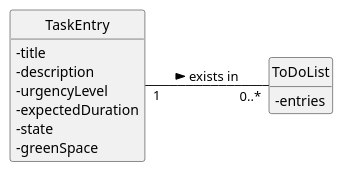
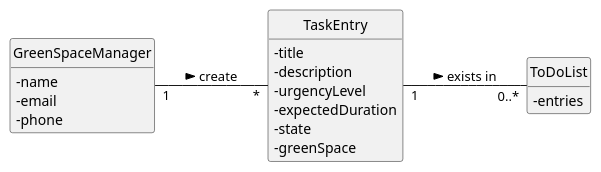
Before and after one commit to Departamento-de-Engenharia-Informatica/lei-24-s2-1dkl-g134: the diagram in docs/sprintC/us021/02.analysis/puml/us021-domain-model.puml, drawn with PlantUML. The commit also changed 2 other files, not shown here.

```diff
--- a/docs/sprintC/us021/02.analysis/puml/us021-domain-model.puml
+++ b/docs/sprintC/us021/02.analysis/puml/us021-domain-model.puml
@@ -1,33 +1,40 @@
 @startuml
 skinparam monochrome true
 skinparam packageStyle rectangle
 skinparam shadowing false
 
 left to right direction
 
 skinparam classAttributeIconSize 0
 
 hide circle
 hide methods
 
 
 
 class "TaskEntry" {
     -title
     -description
     -urgencyLevel
     -expectedDuration
     -state
     -greenSpace
+}
+
+
+class "GreenSpaceManager"{
+        -name
+        -email
+        -phone
 
 }
 
 
 class "ToDoList" {
     -entries
 }
 
-
+"GreenSpaceManager" "1" -- "*" "TaskEntry" :  create >
 TaskEntry "1" -- "0..*" ToDoList : exists in >
 
 @enduml
```
